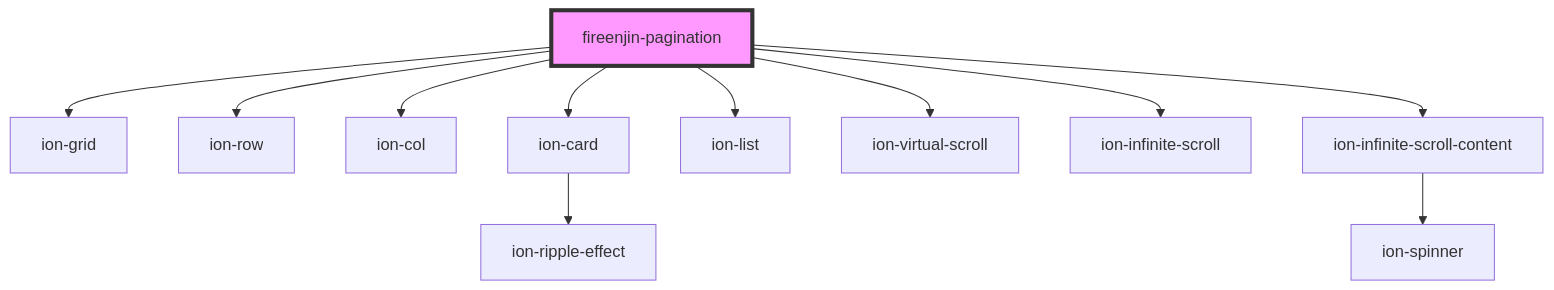
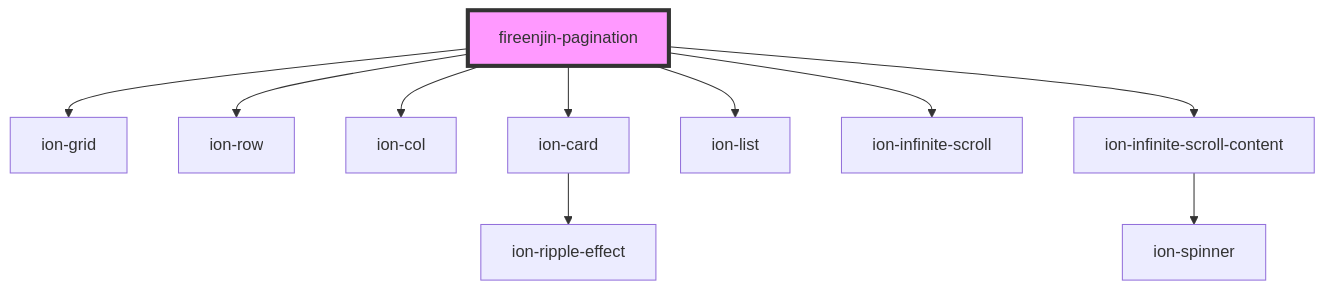
One commit to FireEnjin/Components changed the diagram in src/components/pagination/readme.md. Above: the diagram before and after it, drawn with Mermaid. The commit also changed other lines of this file and 73 other files, not shown here.

Commit message:
perf(): Update Ionic to v8 and Stenicl to 4 and remove flow component

````diff
--- a/src/components/pagination/readme.md
+++ b/src/components/pagination/readme.md
@@ -111,14 +127,13 @@
 ```mermaid
 graph TD;
   fireenjin-pagination --> ion-grid
   fireenjin-pagination --> ion-row
   fireenjin-pagination --> ion-col
   fireenjin-pagination --> ion-card
   fireenjin-pagination --> ion-list
-  fireenjin-pagination --> ion-virtual-scroll
   fireenjin-pagination --> ion-infinite-scroll
   fireenjin-pagination --> ion-infinite-scroll-content
   ion-card --> ion-ripple-effect
   ion-infinite-scroll-content --> ion-spinner
   style fireenjin-pagination fill:#f9f,stroke:#333,stroke-width:4px
 ```
````
